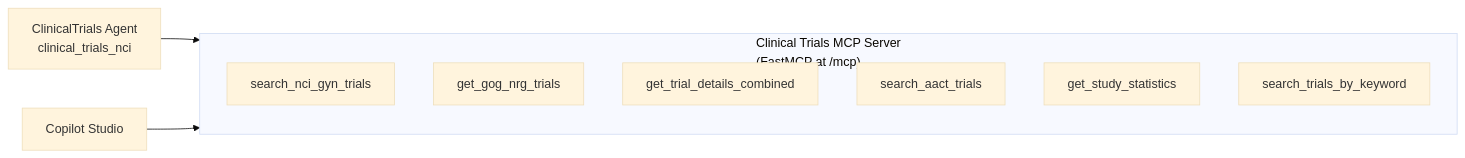
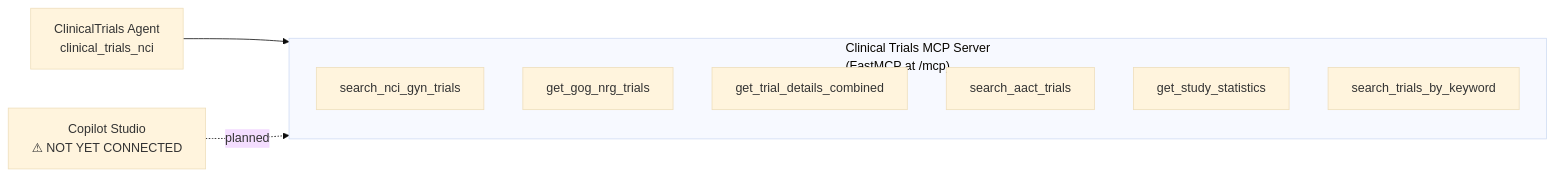
One commit to RushAI-jcr/rushtumorboard changed the fourth of 4 diagrams in README.md. Above: the diagram before and after it, drawn with Mermaid (base theme). The commit also changed other lines of this file, not shown here.

First line of the commit message:
docs: clarify Teams/Fabric/Copilot Studio are not yet connected

````diff
--- a/README.md
+++ b/README.md
@@ -160,14 +160,14 @@
 ```mermaid
 flowchart LR
     subgraph mcp_server["Clinical Trials MCP Server\n(FastMCP at /mcp)"]
         T1["search_nci_gyn_trials"]
         T2["get_gog_nrg_trials"]
         T3["get_trial_details_combined"]
         T4["search_aact_trials"]
         T5["get_study_statistics"]
         T6["search_trials_by_keyword"]
     end
 
     CTA["ClinicalTrials Agent\nclinical_trials_nci"] --> mcp_server
-    CS2["Copilot Studio"] --> mcp_server
+    CS2["Copilot Studio\n⚠ NOT YET CONNECTED"] -.->|planned| mcp_server
 ```
````
